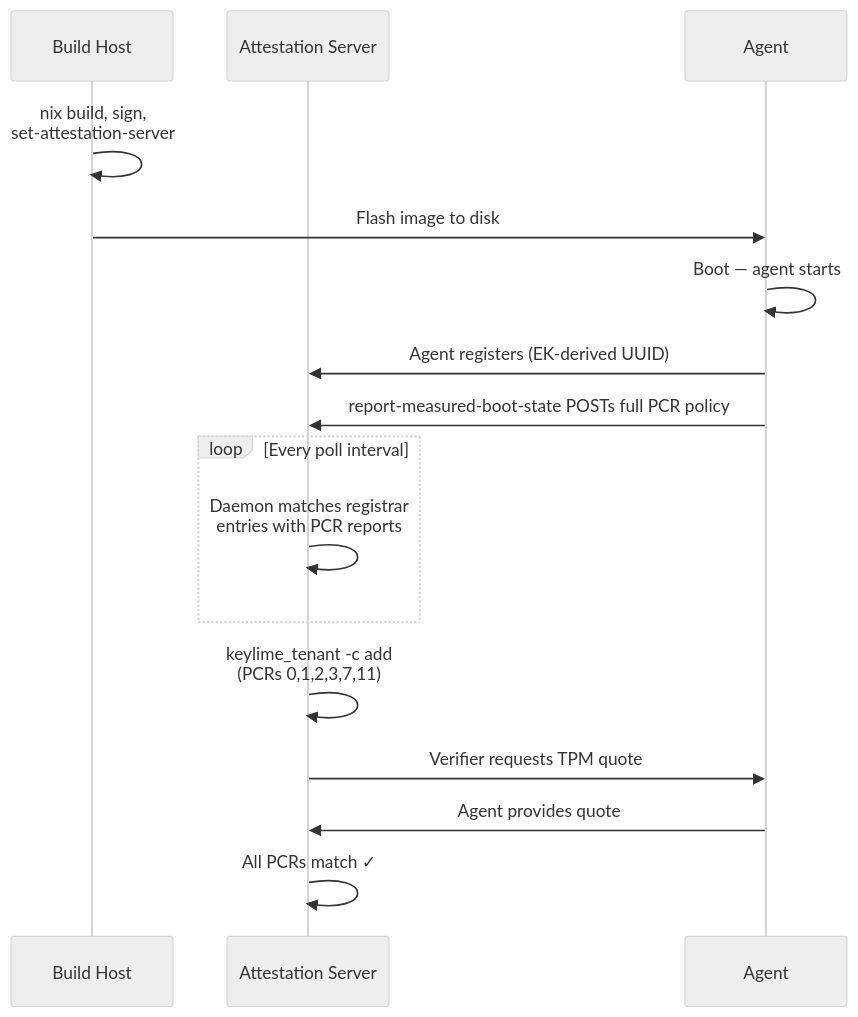
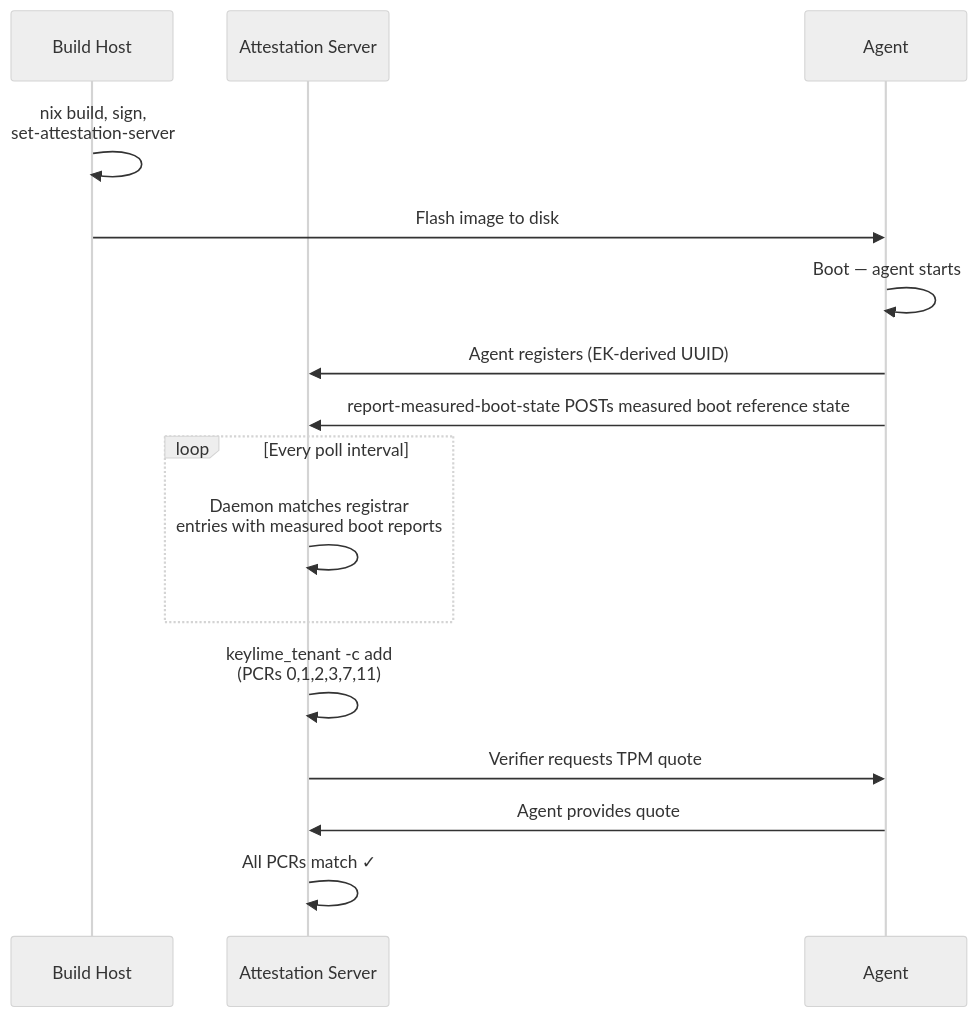
Before and after one commit to phaer/nixos-android-builder: the diagram in docs/user-guide.md, drawn with Mermaid. The commit also changed other lines of this file and 11 other files, not shown here.

First line of the commit message:
keylime: fix measured boot verification (upstream patches)

```diff
--- a/docs/user-guide.md
+++ b/docs/user-guide.md
@@ -185,27 +185,27 @@
 ~~~mermaid
 ---
 config:
   theme: neutral
 ---
 sequenceDiagram
     participant B as Build Host
     participant S as Attestation Server
     participant A as Agent
 
     B->>B: nix build, sign,<br/>set-attestation-server
     B->>A: Flash image to disk
 
     A->>A: Boot — agent starts
     A->>S: Agent registers (EK-derived UUID)
-    A->>S: report-measured-boot-state POSTs full PCR policy
+    A->>S: report-measured-boot-state POSTs measured boot reference state
 
     loop Every poll interval
-        S->>S: Daemon matches registrar<br/>entries with PCR reports
+        S->>S: Daemon matches registrar<br/>entries with measured boot reports
     end
 
     S->>S: keylime_tenant -c add<br/>(PCRs 0,1,2,3,7,11)
 
     S->>A: Verifier requests TPM quote
     A->>S: Agent provides quote
     S->>S: All PCRs match ✓
 ~~~
```
